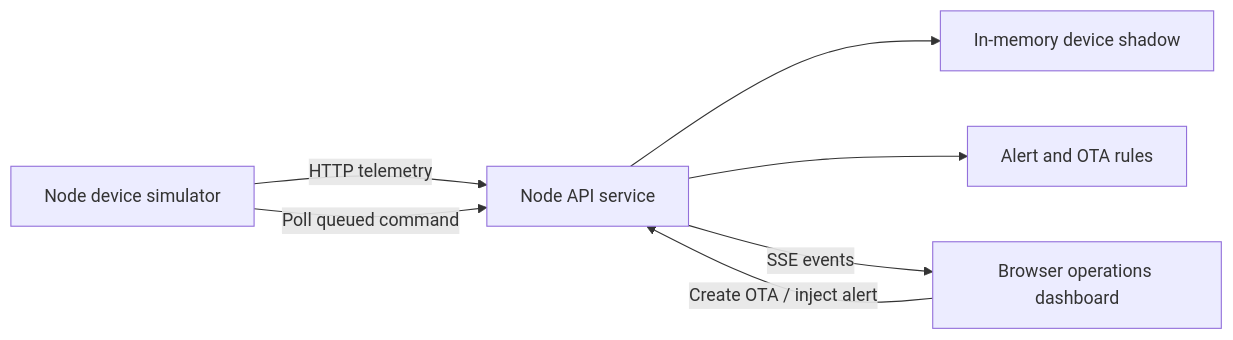
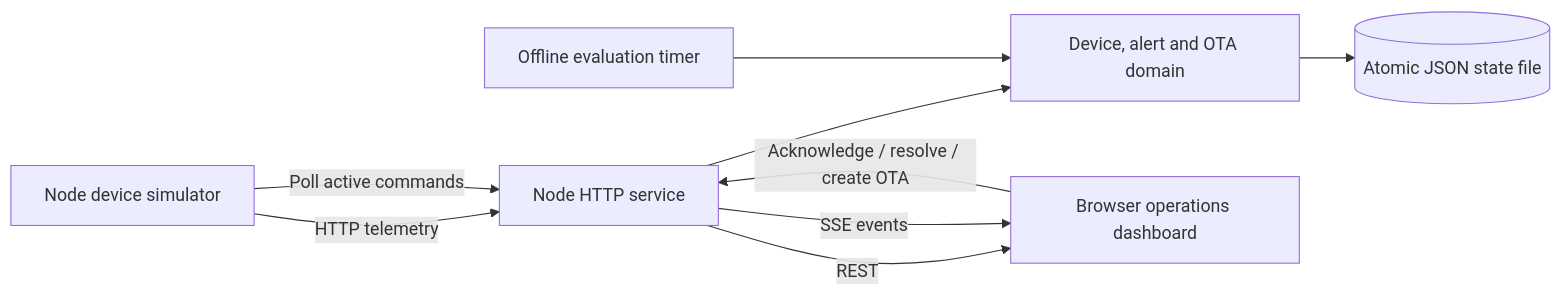
The first of 2 diagrams in docs/ARCHITECTURE.md (LEO-Ricardo20/CloudEdge-Ops), drawn with Mermaid before and after one commit. The commit also changed other lines of this file and 18 other files, not shown here.

Commit message:
feat: complete CloudEdge operations v0.2

````diff
--- a/docs/ARCHITECTURE.md
+++ b/docs/ARCHITECTURE.md
@@ -9,9 +9,11 @@
 ```mermaid
 flowchart LR
-  Edge[Node device simulator] -->|HTTP telemetry| API[Node API service]
-  API --> Shadow[In-memory device shadow]
-  API --> Rules[Alert and OTA rules]
-  API -->|SSE events| UI[Browser operations dashboard]
-  Edge -->|Poll queued command| API
-  UI -->|Create OTA / inject alert| API
+  Edge[Node device simulator] -->|HTTP telemetry| API[Node HTTP service]
+  Edge -->|Poll active commands| API
+  API --> Domain[Device, alert and OTA domain]
+  Domain --> JSON[(Atomic JSON state file)]
+  API -->|REST| UI[Browser operations dashboard]
+  API -->|SSE events| UI
+  UI -->|Acknowledge / resolve / create OTA| API
+  Timer[Offline evaluation timer] --> Domain
 ```
````
